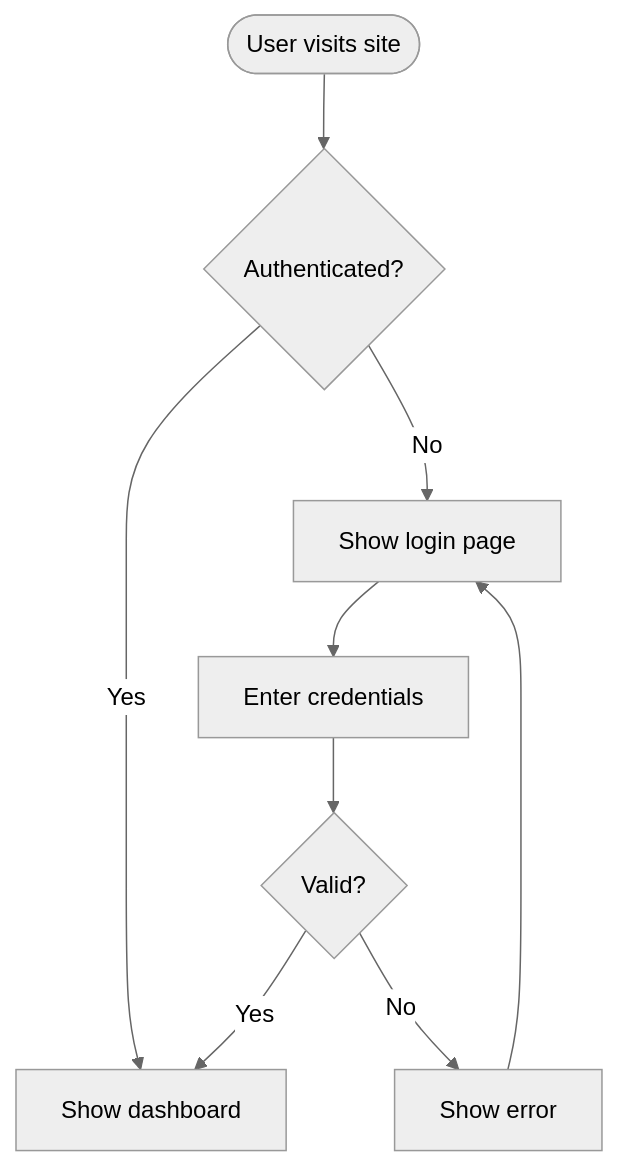
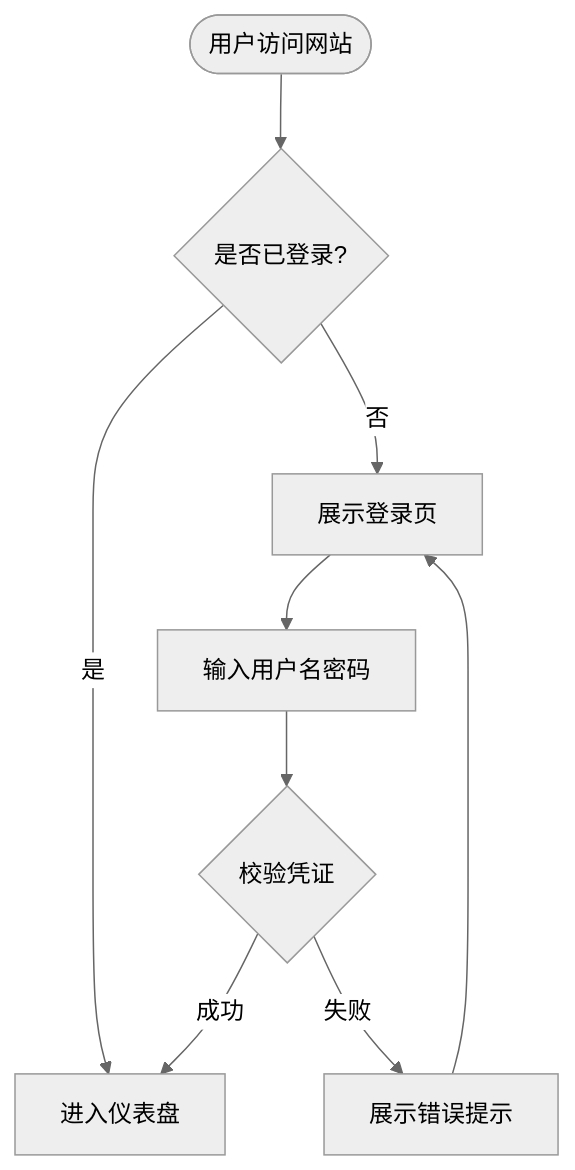
Before and after one commit to betterlmy/agent-skills: the fourth of 6 diagrams in skills/mermaid-diagrams/SKILL.md, drawn with Mermaid (neutral theme). The commit also changed other lines of this file and 46 other files, not shown here.

````diff
--- a/skills/mermaid-diagrams/SKILL.md
+++ b/skills/mermaid-diagrams/SKILL.md
@@ -105,11 +100,11 @@
 ```mermaid
 flowchart TD
-    Start([User visits site]) --> Auth{Authenticated?}
-    Auth -->|No| Login[Show login page]
-    Auth -->|Yes| Dashboard[Show dashboard]
-    Login --> Creds[Enter credentials]
-    Creds --> Validate{Valid?}
-    Validate -->|Yes| Dashboard
-    Validate -->|No| Error[Show error]
+    Start([用户访问网站]) --> Auth{是否已登录?}
+    Auth -->|否| Login[展示登录页]
+    Auth -->|是| Dashboard[进入仪表盘]
+    Login --> Creds[输入用户名密码]
+    Creds --> Validate{校验凭证}
+    Validate -->|成功| Dashboard
+    Validate -->|失败| Error[展示错误提示]
     Error --> Login
 ```
````
